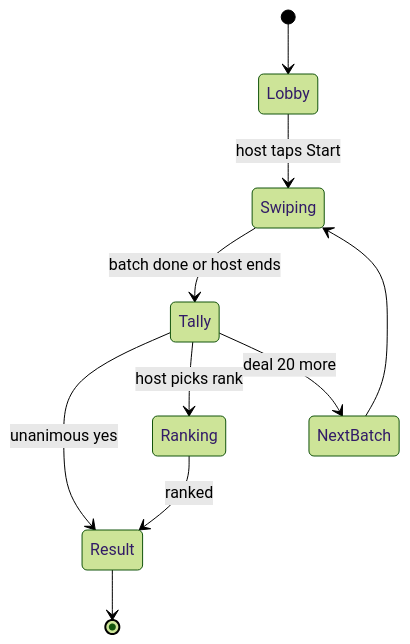
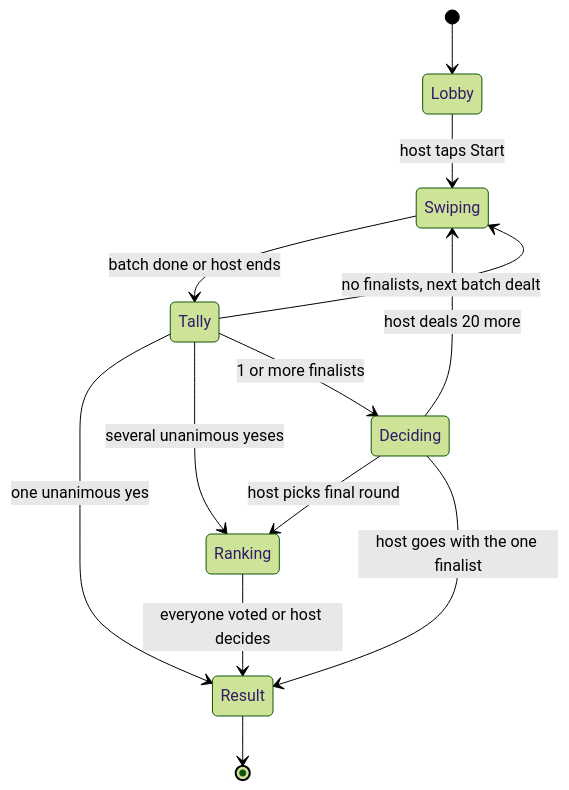
One commit to DarrenA339/restaurant-picker changed the diagram in docs/SPEC.md. Above: the diagram before and after it, drawn with Mermaid (forest theme). The commit also changed other lines of this file and 9 other files, not shown here.

````diff
--- a/docs/SPEC.md
+++ b/docs/SPEC.md
@@ -110,12 +110,15 @@
 ```mermaid
 stateDiagram-v2
     [*] --> Lobby
     Lobby --> Swiping: host taps Start
     Swiping --> Tally: batch done or host ends
-    Tally --> Result: unanimous yes
-    Tally --> Ranking: host picks rank
-    Tally --> NextBatch: deal 20 more
-    NextBatch --> Swiping
-    Ranking --> Result: ranked
+    Tally --> Result: one unanimous yes
+    Tally --> Ranking: several unanimous yeses
+    Tally --> Deciding: 1 or more finalists
+    Tally --> Swiping: no finalists, next batch dealt
+    Deciding --> Ranking: host picks final round
+    Deciding --> Result: host goes with the one finalist
+    Deciding --> Swiping: host deals 20 more
+    Ranking --> Result: everyone voted or host decides
     Result --> [*]
 ```
````
